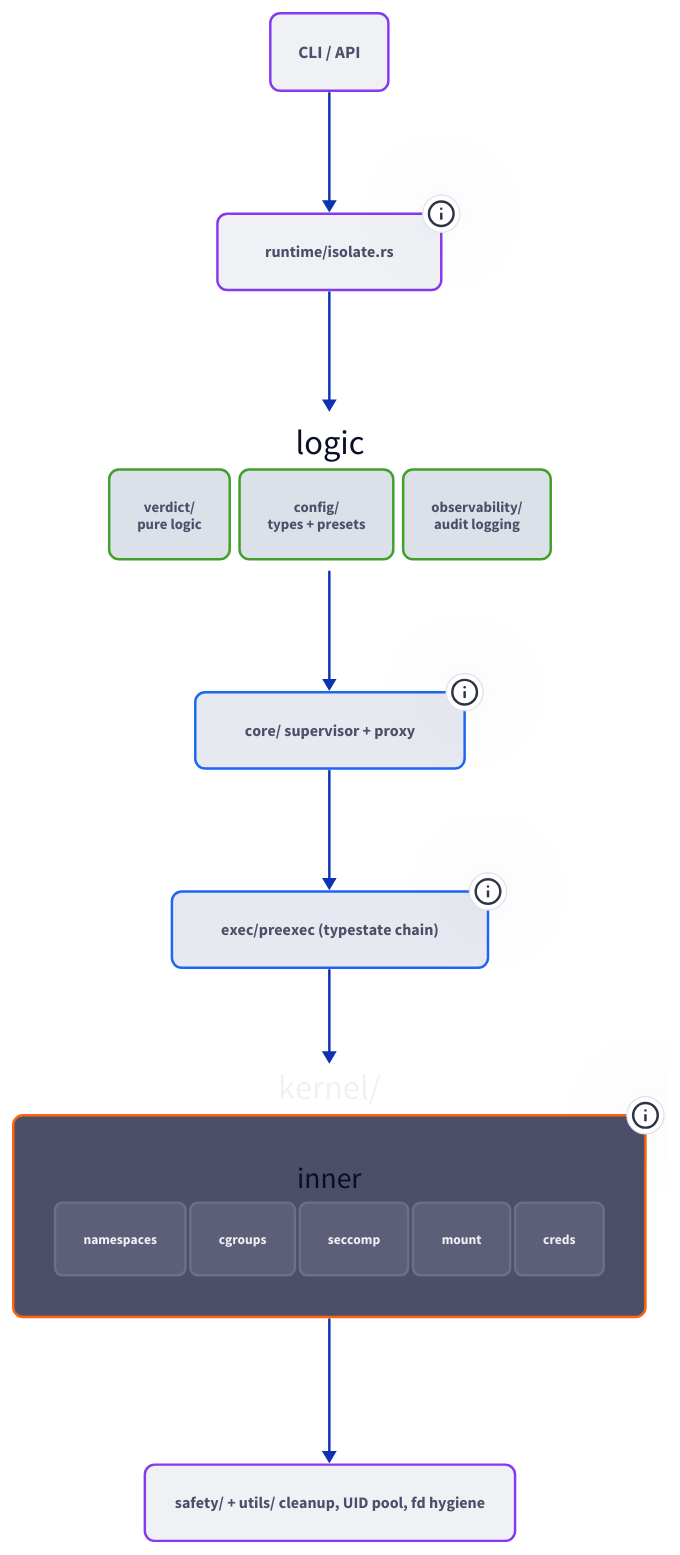
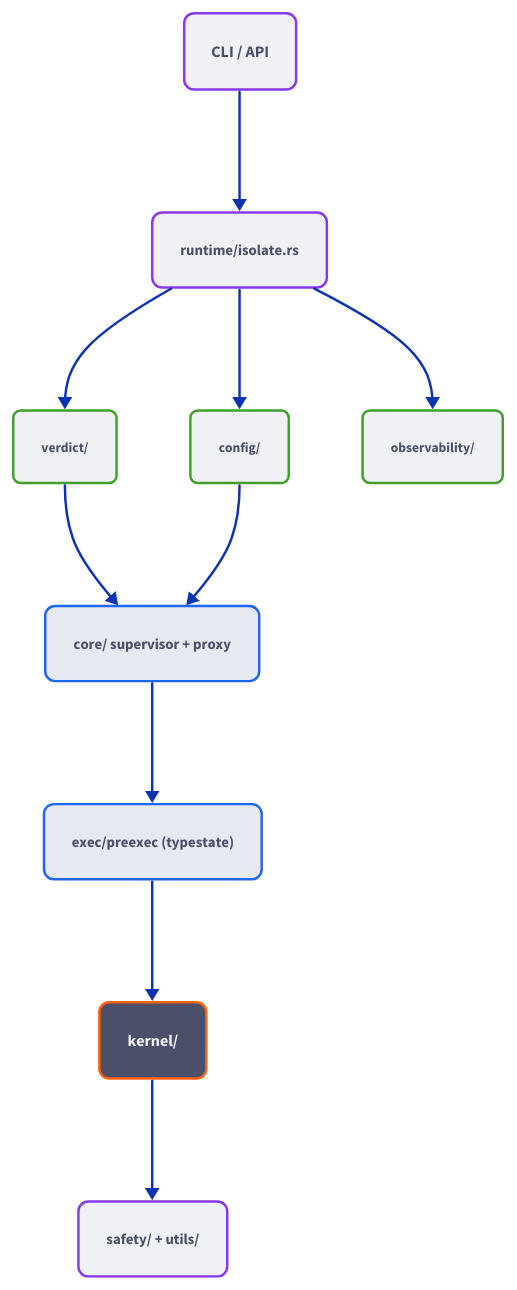
One commit to orkait/rustbox changed the diagram in docs-site/src/assets/diagrams/module-map.d2. Above: the diagram before and after it, drawn with D2. The commit also changed 7 other files, not shown here.

First line of the commit message:
docs: fix diagram layout, contrast, and sizing

```diff
--- a/docs-site/src/assets/diagrams/module-map.d2
+++ b/docs-site/src/assets/diagrams/module-map.d2
@@ -1,147 +1,92 @@
 direction: down
 
 cli: {
   label: "CLI / API"
   style.fill: "#eff1f5"
   style.stroke: "#8839ef"
   style.font-color: "#4c4f69"
   style.border-radius: 8
-  style.font-size: 14
+  style.font-size: 13
 }
 
 runtime: {
   label: "runtime/isolate.rs"
-  tooltip: "Lifecycle: new → execute → cleanup"
   style.fill: "#eff1f5"
   style.stroke: "#8839ef"
   style.font-color: "#4c4f69"
   style.border-radius: 8
-  style.font-size: 13
+  style.font-size: 12
 }
 
-logic: {
-  grid-columns: 3
-  grid-gap: 8
-  style.fill: transparent
-  style.stroke: transparent
+verdict: {
+  label: "verdict/"
+  style.fill: "#eff1f5"
+  style.stroke: "#40a02b"
+  style.font-color: "#4c4f69"
+  style.border-radius: 6
+  style.font-size: 11
+}
 
-  verdict: {
-    label: "verdict/\npure logic"
-    style.fill: "#dce0e8"
-    style.stroke: "#40a02b"
-    style.font-color: "#4c4f69"
-    style.border-radius: 8
-    style.font-size: 12
-  }
+config: {
+  label: "config/"
+  style.fill: "#eff1f5"
+  style.stroke: "#40a02b"
+  style.font-color: "#4c4f69"
+  style.border-radius: 6
+  style.font-size: 11
+}
 
-  config: {
-    label: "config/\ntypes + presets"
-    style.fill: "#dce0e8"
-    style.stroke: "#40a02b"
-    style.font-color: "#4c4f69"
-    style.border-radius: 8
-    style.font-size: 12
-  }
-
-  obs: {
-    label: "observability/\naudit logging"
-    style.fill: "#dce0e8"
-    style.stroke: "#40a02b"
-    style.font-color: "#4c4f69"
-    style.border-radius: 8
-    style.font-size: 12
-  }
+obs: {
+  label: "observability/"
+  style.fill: "#eff1f5"
+  style.stroke: "#40a02b"
+  style.font-color: "#4c4f69"
+  style.border-radius: 6
+  style.font-size: 11
 }
 
 core: {
-  label: "core/  supervisor + proxy"
-  tooltip: "Process management: clone, fork, waitpid"
+  label: "core/ supervisor + proxy"
   style.fill: "#e6e9ef"
   style.stroke: "#1e66f5"
   style.font-color: "#4c4f69"
   style.border-radius: 8
-  style.font-size: 13
+  style.font-size: 12
 }
 
 exec: {
-  label: "exec/preexec  (typestate chain)"
-  tooltip: "Compile-time ordered sandbox setup"
+  label: "exec/preexec (typestate)"
   style.fill: "#e6e9ef"
   style.stroke: "#1e66f5"
   style.font-color: "#4c4f69"
   style.border-radius: 8
-  style.font-size: 13
+  style.font-size: 12
 }
 
 kernel: {
   label: "kernel/"
-  tooltip: "Thin unsafe wrappers over Linux primitives"
   style.fill: "#4c4f69"
   style.stroke: "#fe640b"
   style.font-color: "#eff1f5"
   style.border-radius: 8
-
-  inner: {
-    grid-columns: 5
-    grid-gap: 4
-    style.fill: transparent
-    style.stroke: transparent
-
-    nsp: {
-      label: "namespaces"
-      style.fill: "#5c5f77"
-      style.stroke: "#6c6f85"
-      style.font-color: "#eff1f5"
-      style.border-radius: 6
-      style.font-size: 11
-    }
-    cgroups: {
-      label: "cgroups"
-      style.fill: "#5c5f77"
-      style.stroke: "#6c6f85"
-      style.font-color: "#eff1f5"
-      style.border-radius: 6
-      style.font-size: 11
-    }
-    seccomp: {
-      label: "seccomp"
-      style.fill: "#5c5f77"
-      style.stroke: "#6c6f85"
-      style.font-color: "#eff1f5"
-      style.border-radius: 6
-      style.font-size: 11
-    }
-    mount: {
-      label: "mount"
-      style.fill: "#5c5f77"
-      style.stroke: "#6c6f85"
-      style.font-color: "#eff1f5"
-      style.border-radius: 6
-      style.font-size: 11
-    }
-    creds: {
-      label: "creds"
-      style.fill: "#5c5f77"
-      style.stroke: "#6c6f85"
-      style.font-color: "#eff1f5"
-      style.border-radius: 6
-      style.font-size: 11
-    }
-  }
+  style.font-size: 13
 }
 
 safety: {
-  label: "safety/ + utils/  cleanup, UID pool, fd hygiene"
+  label: "safety/ + utils/"
   style.fill: "#eff1f5"
   style.stroke: "#8839ef"
   style.font-color: "#4c4f69"
   style.border-radius: 8
-  style.font-size: 13
+  style.font-size: 12
 }
 
 cli -> runtime
-runtime -> logic
-logic -> core
+runtime -> verdict
+runtime -> config
+runtime -> obs
+verdict -> core
+config -> core
 core -> exec
 exec -> kernel
 kernel -> safety
```
